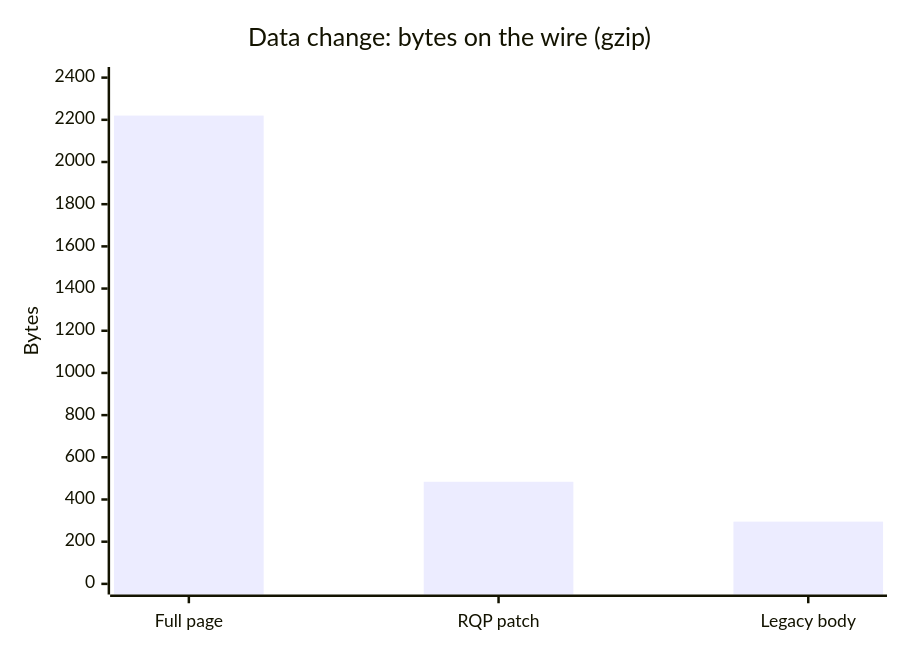
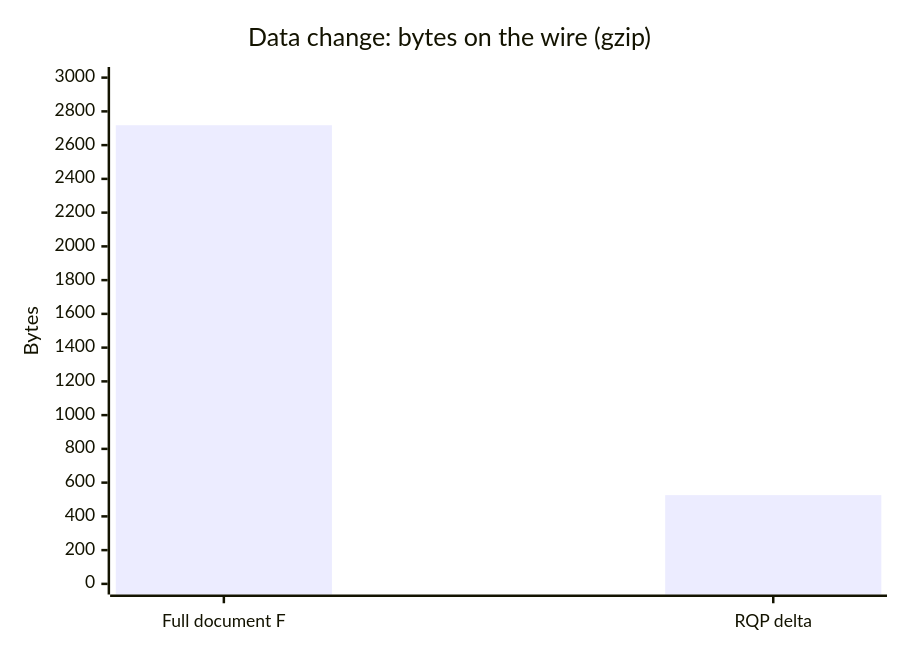
Before and after one commit to robotoss/rivqen: the diagram in docs/guide/performance.md, drawn with Mermaid. The commit also changed other lines of this file and 2783 other files, not shown here.

````diff
--- a/docs/guide/performance.md
+++ b/docs/guide/performance.md
@@ -65,7 +64,7 @@
 ```mermaid
 xychart-beta
   title "Data change: bytes on the wire (gzip)"
-  x-axis ["Full page", "RQP patch", "Legacy body"]
-  y-axis "Bytes" 0 --> 2400
-  bar [2220, 484, 295]
+  x-axis ["Full document F", "RQP delta"]
+  y-axis "Bytes" 0 --> 3000
+  bar [2718, 526]
 ```
````
